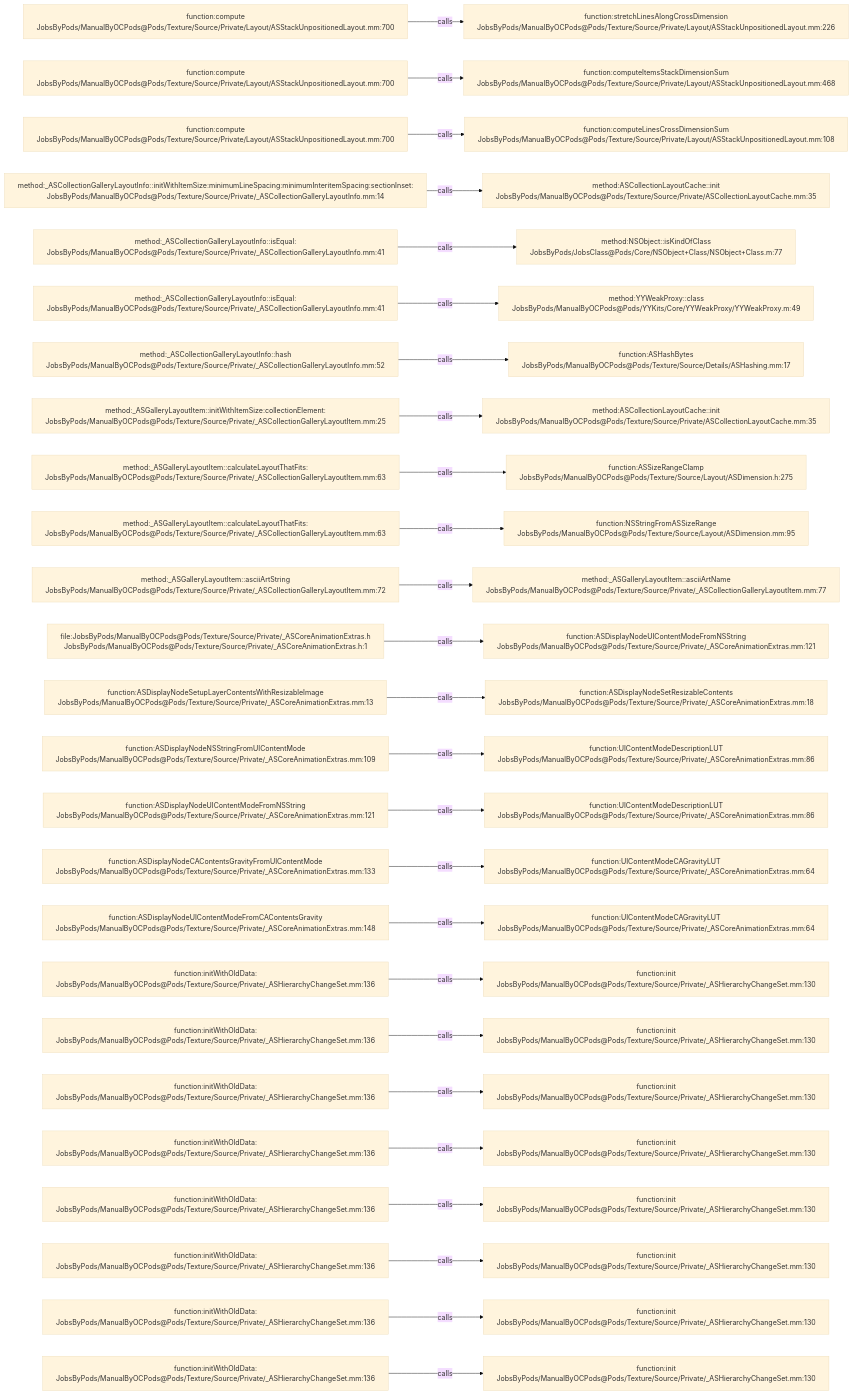
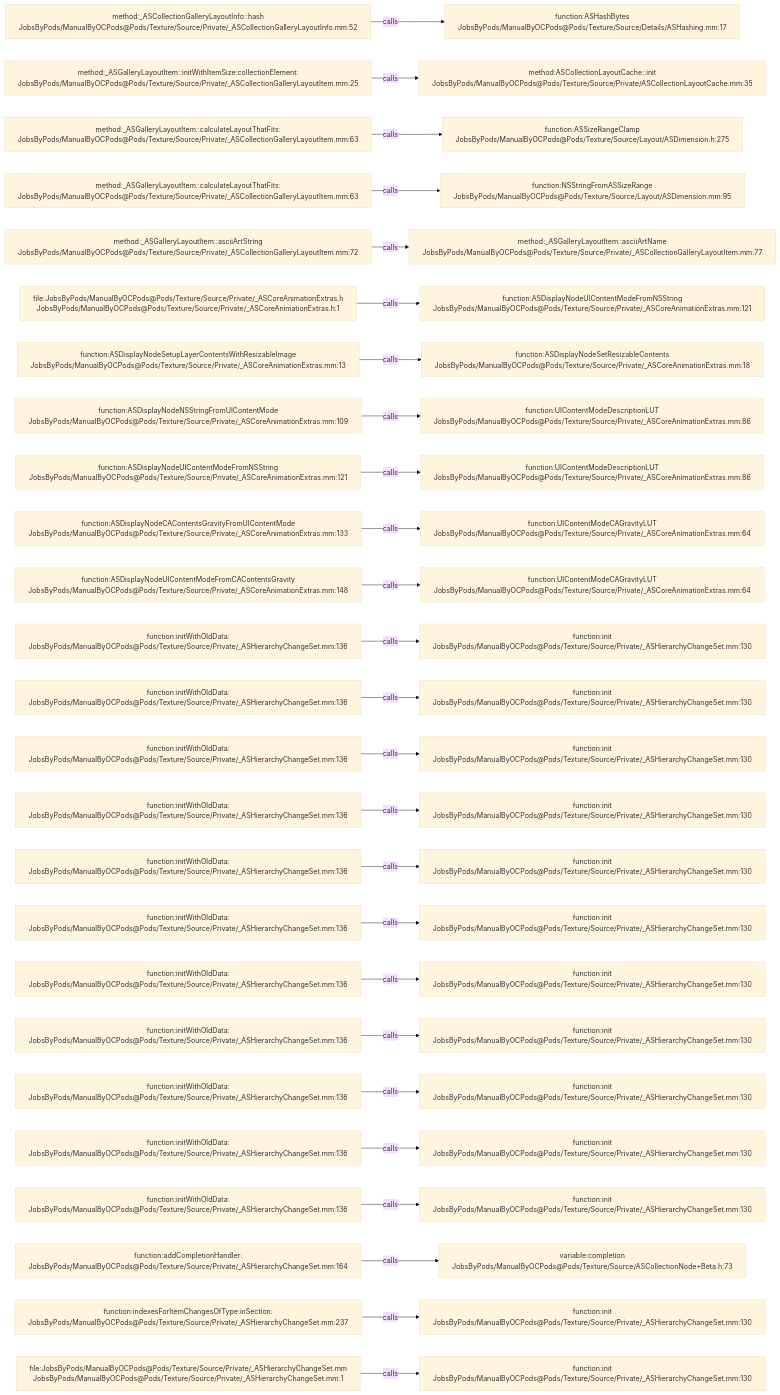
One commit to JobsKits/JobsOCBaseConfigDemo changed the diagram in .codegraph/codegraph.md/graphs/calls-189.md. Above: the diagram before and after it, drawn with Mermaid (base theme). The commit also changed 666 other files, not shown here.

````diff
--- a/.codegraph/codegraph.md/graphs/calls-189.md
+++ b/.codegraph/codegraph.md/graphs/calls-189.md
@@ -13,78 +13,78 @@
 ```mermaid
 flowchart LR
-  S1["function:compute<br/>JobsByPods/ManualByOCPods@Pods/Texture/Source/Private/Layout/ASStackUnpositionedLayout.mm:700"]
-  T1["function:stretchLinesAlongCrossDimension<br/>JobsByPods/ManualByOCPods@Pods/Texture/Source/Private/Layout/ASStackUnpositionedLayout.mm:226"]
+  S1["method:_ASCollectionGalleryLayoutInfo::hash<br/>JobsByPods/ManualByOCPods@Pods/Texture/Source/Private/_ASCollectionGalleryLayoutInfo.mm:52"]
+  T1["function:ASHashBytes<br/>JobsByPods/ManualByOCPods@Pods/Texture/Source/Details/ASHashing.mm:17"]
   S1 -->|calls| T1
-  S2["function:compute<br/>JobsByPods/ManualByOCPods@Pods/Texture/Source/Private/Layout/ASStackUnpositionedLayout.mm:700"]
-  T2["function:computeItemsStackDimensionSum<br/>JobsByPods/ManualByOCPods@Pods/Texture/Source/Private/Layout/ASStackUnpositionedLayout.mm:468"]
+  S2["method:_ASGalleryLayoutItem::initWithItemSize:collectionElement:<br/>JobsByPods/ManualByOCPods@Pods/Texture/Source/Private/_ASCollectionGalleryLayoutItem.mm:25"]
+  T2["method:ASCollectionLayoutCache::init<br/>JobsByPods/ManualByOCPods@Pods/Texture/Source/Private/ASCollectionLayoutCache.mm:35"]
   S2 -->|calls| T2
-  S3["function:compute<br/>JobsByPods/ManualByOCPods@Pods/Texture/Source/Private/Layout/ASStackUnpositionedLayout.mm:700"]
-  T3["function:computeLinesCrossDimensionSum<br/>JobsByPods/ManualByOCPods@Pods/Texture/Source/Private/Layout/ASStackUnpositionedLayout.mm:108"]
+  S3["method:_ASGalleryLayoutItem::calculateLayoutThatFits:<br/>JobsByPods/ManualByOCPods@Pods/Texture/Source/Private/_ASCollectionGalleryLayoutItem.mm:63"]
+  T3["function:ASSizeRangeClamp<br/>JobsByPods/ManualByOCPods@Pods/Texture/Source/Layout/ASDimension.h:275"]
   S3 -->|calls| T3
-  S4["method:_ASCollectionGalleryLayoutInfo::initWithItemSize:minimumLineSpacing:minimumInteritemSpacing:sectionInset:<br/>JobsByPods/ManualByOCPods@Pods/Texture/Source/Private/_ASCollectionGalleryLayoutInfo.mm:14"]
-  T4["method:ASCollectionLayoutCache::init<br/>JobsByPods/ManualByOCPods@Pods/Texture/Source/Private/ASCollectionLayoutCache.mm:35"]
+  S4["method:_ASGalleryLayoutItem::calculateLayoutThatFits:<br/>JobsByPods/ManualByOCPods@Pods/Texture/Source/Private/_ASCollectionGalleryLayoutItem.mm:63"]
+  T4["function:NSStringFromASSizeRange<br/>JobsByPods/ManualByOCPods@Pods/Texture/Source/Layout/ASDimension.mm:95"]
   S4 -->|calls| T4
-  S5["method:_ASCollectionGalleryLayoutInfo::isEqual:<br/>JobsByPods/ManualByOCPods@Pods/Texture/Source/Private/_ASCollectionGalleryLayoutInfo.mm:41"]
-  T5["method:NSObject::isKindOfClass<br/>JobsByPods/JobsClass@Pods/Core/NSObject+Class/NSObject+Class.m:77"]
+  S5["method:_ASGalleryLayoutItem::asciiArtString<br/>JobsByPods/ManualByOCPods@Pods/Texture/Source/Private/_ASCollectionGalleryLayoutItem.mm:72"]
+  T5["method:_ASGalleryLayoutItem::asciiArtName<br/>JobsByPods/ManualByOCPods@Pods/Texture/Source/Private/_ASCollectionGalleryLayoutItem.mm:77"]
   S5 -->|calls| T5
-  S6["method:_ASCollectionGalleryLayoutInfo::isEqual:<br/>JobsByPods/ManualByOCPods@Pods/Texture/Source/Private/_ASCollectionGalleryLayoutInfo.mm:41"]
-  T6["method:YYWeakProxy::class<br/>JobsByPods/ManualByOCPods@Pods/YYKits/Core/YYWeakProxy/YYWeakProxy.m:49"]
+  S6["file:JobsByPods/ManualByOCPods@Pods/Texture/Source/Private/_ASCoreAnimationExtras.h<br/>JobsByPods/ManualByOCPods@Pods/Texture/Source/Private/_ASCoreAnimationExtras.h:1"]
+  T6["function:ASDisplayNodeUIContentModeFromNSString<br/>JobsByPods/ManualByOCPods@Pods/Texture/Source/Private/_ASCoreAnimationExtras.mm:121"]
   S6 -->|calls| T6
-  S7["method:_ASCollectionGalleryLayoutInfo::hash<br/>JobsByPods/ManualByOCPods@Pods/Texture/Source/Private/_ASCollectionGalleryLayoutInfo.mm:52"]
-  T7["function:ASHashBytes<br/>JobsByPods/ManualByOCPods@Pods/Texture/Source/Details/ASHashing.mm:17"]
+  S7["function:ASDisplayNodeSetupLayerContentsWithResizableImage<br/>JobsByPods/ManualByOCPods@Pods/Texture/Source/Private/_ASCoreAnimationExtras.mm:13"]
+  T7["function:ASDisplayNodeSetResizableContents<br/>JobsByPods/ManualByOCPods@Pods/Texture/Source/Private/_ASCoreAnimationExtras.mm:18"]
   S7 -->|calls| T7
-  S8["method:_ASGalleryLayoutItem::initWithItemSize:collectionElement:<br/>JobsByPods/ManualByOCPods@Pods/Texture/Source/Private/_ASCollectionGalleryLayoutItem.mm:25"]
-  T8["method:ASCollectionLayoutCache::init<br/>JobsByPods/ManualByOCPods@Pods/Texture/Source/Private/ASCollectionLayoutCache.mm:35"]
+  S8["function:ASDisplayNodeNSStringFromUIContentMode<br/>JobsByPods/ManualByOCPods@Pods/Texture/Source/Private/_ASCoreAnimationExtras.mm:109"]
+  T8["function:UIContentModeDescriptionLUT<br/>JobsByPods/ManualByOCPods@Pods/Texture/Source/Private/_ASCoreAnimationExtras.mm:86"]
   S8 -->|calls| T8
-  S9["method:_ASGalleryLayoutItem::calculateLayoutThatFits:<br/>JobsByPods/ManualByOCPods@Pods/Texture/Source/Private/_ASCollectionGalleryLayoutItem.mm:63"]
-  T9["function:ASSizeRangeClamp<br/>JobsByPods/ManualByOCPods@Pods/Texture/Source/Layout/ASDimension.h:275"]
+  S9["function:ASDisplayNodeUIContentModeFromNSString<br/>JobsByPods/ManualByOCPods@Pods/Texture/Source/Private/_ASCoreAnimationExtras.mm:121"]
+  T9["function:UIContentModeDescriptionLUT<br/>JobsByPods/ManualByOCPods@Pods/Texture/Source/Private/_ASCoreAnimationExtras.mm:86"]
   S9 -->|calls| T9
-  S10["method:_ASGalleryLayoutItem::calculateLayoutThatFits:<br/>JobsByPods/ManualByOCPods@Pods/Texture/Source/Private/_ASCollectionGalleryLayoutItem.mm:63"]
-  T10["function:NSStringFromASSizeRange<br/>JobsByPods/ManualByOCPods@Pods/Texture/Source/Layout/ASDimension.mm:95"]
+  S10["function:ASDisplayNodeCAContentsGravityFromUIContentMode<br/>JobsByPods/ManualByOCPods@Pods/Texture/Source/Private/_ASCoreAnimationExtras.mm:133"]
+  T10["function:UIContentModeCAGravityLUT<br/>JobsByPods/ManualByOCPods@Pods/Texture/Source/Private/_ASCoreAnimationExtras.mm:64"]
   S10 -->|calls| T10
-  S11["method:_ASGalleryLayoutItem::asciiArtString<br/>JobsByPods/ManualByOCPods@Pods/Texture/Source/Private/_ASCollectionGalleryLayoutItem.mm:72"]
-  T11["method:_ASGalleryLayoutItem::asciiArtName<br/>JobsByPods/ManualByOCPods@Pods/Texture/Source/Private/_ASCollectionGalleryLayoutItem.mm:77"]
+  S11["function:ASDisplayNodeUIContentModeFromCAContentsGravity<br/>JobsByPods/ManualByOCPods@Pods/Texture/Source/Private/_ASCoreAnimationExtras.mm:148"]
+  T11["function:UIContentModeCAGravityLUT<br/>JobsByPods/ManualByOCPods@Pods/Texture/Source/Private/_ASCoreAnimationExtras.mm:64"]
   S11 -->|calls| T11
-  S12["file:JobsByPods/ManualByOCPods@Pods/Texture/Source/Private/_ASCoreAnimationExtras.h<br/>JobsByPods/ManualByOCPods@Pods/Texture/Source/Private/_ASCoreAnimationExtras.h:1"]
-  T12["function:ASDisplayNodeUIContentModeFromNSString<br/>JobsByPods/ManualByOCPods@Pods/Texture/Source/Private/_ASCoreAnimationExtras.mm:121"]
+  S12["function:initWithOldData:<br/>JobsByPods/ManualByOCPods@Pods/Texture/Source/Private/_ASHierarchyChangeSet.mm:136"]
+  T12["function:init<br/>JobsByPods/ManualByOCPods@Pods/Texture/Source/Private/_ASHierarchyChangeSet.mm:130"]
   S12 -->|calls| T12
-  S13["function:ASDisplayNodeSetupLayerContentsWithResizableImage<br/>JobsByPods/ManualByOCPods@Pods/Texture/Source/Private/_ASCoreAnimationExtras.mm:13"]
-  T13["function:ASDisplayNodeSetResizableContents<br/>JobsByPods/ManualByOCPods@Pods/Texture/Source/Private/_ASCoreAnimationExtras.mm:18"]
+  S13["function:initWithOldData:<br/>JobsByPods/ManualByOCPods@Pods/Texture/Source/Private/_ASHierarchyChangeSet.mm:136"]
+  T13["function:init<br/>JobsByPods/ManualByOCPods@Pods/Texture/Source/Private/_ASHierarchyChangeSet.mm:130"]
   S13 -->|calls| T13
-  S14["function:ASDisplayNodeNSStringFromUIContentMode<br/>JobsByPods/ManualByOCPods@Pods/Texture/Source/Private/_ASCoreAnimationExtras.mm:109"]
-  T14["function:UIContentModeDescriptionLUT<br/>JobsByPods/ManualByOCPods@Pods/Texture/Source/Private/_ASCoreAnimationExtras.mm:86"]
+  S14["function:initWithOldData:<br/>JobsByPods/ManualByOCPods@Pods/Texture/Source/Private/_ASHierarchyChangeSet.mm:136"]
+  T14["function:init<br/>JobsByPods/ManualByOCPods@Pods/Texture/Source/Private/_ASHierarchyChangeSet.mm:130"]
   S14 -->|calls| T14
-  S15["function:ASDisplayNodeUIContentModeFromNSString<br/>JobsByPods/ManualByOCPods@Pods/Texture/Source/Private/_ASCoreAnimationExtras.mm:121"]
-  T15["function:UIContentModeDescriptionLUT<br/>JobsByPods/ManualByOCPods@Pods/Texture/Source/Private/_ASCoreAnimationExtras.mm:86"]
+  S15["function:initWithOldData:<br/>JobsByPods/ManualByOCPods@Pods/Texture/Source/Private/_ASHierarchyChangeSet.mm:136"]
+  T15["function:init<br/>JobsByPods/ManualByOCPods@Pods/Texture/Source/Private/_ASHierarchyChangeSet.mm:130"]
   S15 -->|calls| T15
-  S16["function:ASDisplayNodeCAContentsGravityFromUIContentMode<br/>JobsByPods/ManualByOCPods@Pods/Texture/Source/Private/_ASCoreAnimationExtras.mm:133"]
-  T16["function:UIContentModeCAGravityLUT<br/>JobsByPods/ManualByOCPods@Pods/Texture/Source/Private/_ASCoreAnimationExtras.mm:64"]
+  S16["function:initWithOldData:<br/>JobsByPods/ManualByOCPods@Pods/Texture/Source/Private/_ASHierarchyChangeSet.mm:136"]
+  T16["function:init<br/>JobsByPods/ManualByOCPods@Pods/Texture/Source/Private/_ASHierarchyChangeSet.mm:130"]
   S16 -->|calls| T16
-  S17["function:ASDisplayNodeUIContentModeFromCAContentsGravity<br/>JobsByPods/ManualByOCPods@Pods/Texture/Source/Private/_ASCoreAnimationExtras.mm:148"]
-  T17["function:UIContentModeCAGravityLUT<br/>JobsByPods/ManualByOCPods@Pods/Texture/Source/Private/_ASCoreAnimationExtras.mm:64"]
+  S17["function:initWithOldData:<br/>JobsByPods/ManualByOCPods@Pods/Texture/Source/Private/_ASHierarchyChangeSet.mm:136"]
+  T17["function:init<br/>JobsByPods/ManualByOCPods@Pods/Texture/Source/Private/_ASHierarchyChangeSet.mm:130"]
   S17 -->|calls| T17
   S18["function:initWithOldData:<br/>JobsByPods/ManualByOCPods@Pods/Texture/Source/Private/_ASHierarchyChangeSet.mm:136"]
   T18["function:init<br/>JobsByPods/ManualByOCPods@Pods/Texture/Source/Private/_ASHierarchyChangeSet.mm:130"]
   S18 -->|calls| T18
   S19["function:initWithOldData:<br/>JobsByPods/ManualByOCPods@Pods/Texture/Source/Private/_ASHierarchyChangeSet.mm:136"]
   T19["function:init<br/>JobsByPods/ManualByOCPods@Pods/Texture/Source/Private/_ASHierarchyChangeSet.mm:130"]
   S19 -->|calls| T19
   S20["function:initWithOldData:<br/>JobsByPods/ManualByOCPods@Pods/Texture/Source/Private/_ASHierarchyChangeSet.mm:136"]
   T20["function:init<br/>JobsByPods/ManualByOCPods@Pods/Texture/Source/Private/_ASHierarchyChangeSet.mm:130"]
   S20 -->|calls| T20
   S21["function:initWithOldData:<br/>JobsByPods/ManualByOCPods@Pods/Texture/Source/Private/_ASHierarchyChangeSet.mm:136"]
   T21["function:init<br/>JobsByPods/ManualByOCPods@Pods/Texture/Source/Private/_ASHierarchyChangeSet.mm:130"]
   S21 -->|calls| T21
   S22["function:initWithOldData:<br/>JobsByPods/ManualByOCPods@Pods/Texture/Source/Private/_ASHierarchyChangeSet.mm:136"]
   T22["function:init<br/>JobsByPods/ManualByOCPods@Pods/Texture/Source/Private/_ASHierarchyChangeSet.mm:130"]
   S22 -->|calls| T22
-  S23["function:initWithOldData:<br/>JobsByPods/ManualByOCPods@Pods/Texture/Source/Private/_ASHierarchyChangeSet.mm:136"]
-  T23["function:init<br/>JobsByPods/ManualByOCPods@Pods/Texture/Source/Private/_ASHierarchyChangeSet.mm:130"]
+  S23["function:addCompletionHandler:<br/>JobsByPods/ManualByOCPods@Pods/Texture/Source/Private/_ASHierarchyChangeSet.mm:164"]
+  T23["variable:completion<br/>JobsByPods/ManualByOCPods@Pods/Texture/Source/ASCollectionNode+Beta.h:73"]
   S23 -->|calls| T23
-  S24["function:initWithOldData:<br/>JobsByPods/ManualByOCPods@Pods/Texture/Source/Private/_ASHierarchyChangeSet.mm:136"]
+  S24["function:indexesForItemChangesOfType:inSection:<br/>JobsByPods/ManualByOCPods@Pods/Texture/Source/Private/_ASHierarchyChangeSet.mm:237"]
   T24["function:init<br/>JobsByPods/ManualByOCPods@Pods/Texture/Source/Private/_ASHierarchyChangeSet.mm:130"]
   S24 -->|calls| T24
-  S25["function:initWithOldData:<br/>JobsByPods/ManualByOCPods@Pods/Texture/Source/Private/_ASHierarchyChangeSet.mm:136"]
+  S25["file:JobsByPods/ManualByOCPods@Pods/Texture/Source/Private/_ASHierarchyChangeSet.mm<br/>JobsByPods/ManualByOCPods@Pods/Texture/Source/Private/_ASHierarchyChangeSet.mm:1"]
   T25["function:init<br/>JobsByPods/ManualByOCPods@Pods/Texture/Source/Private/_ASHierarchyChangeSet.mm:130"]
   S25 -->|calls| T25
 ```
````
